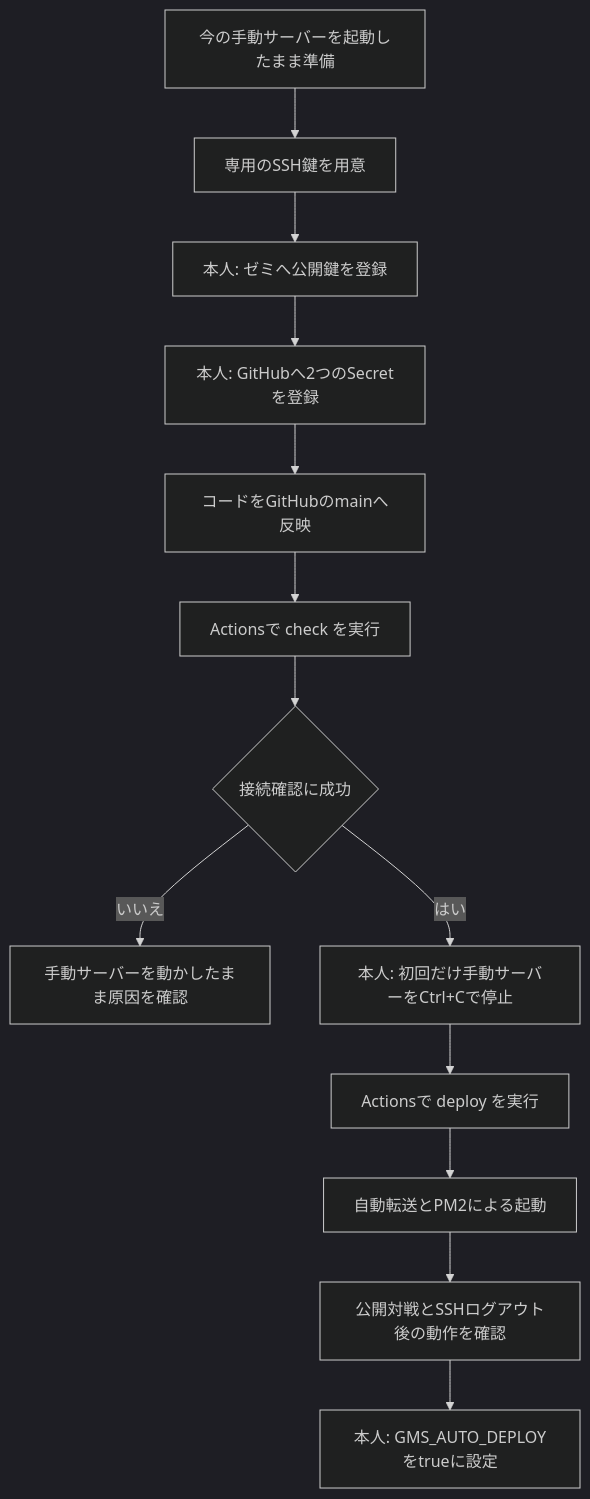
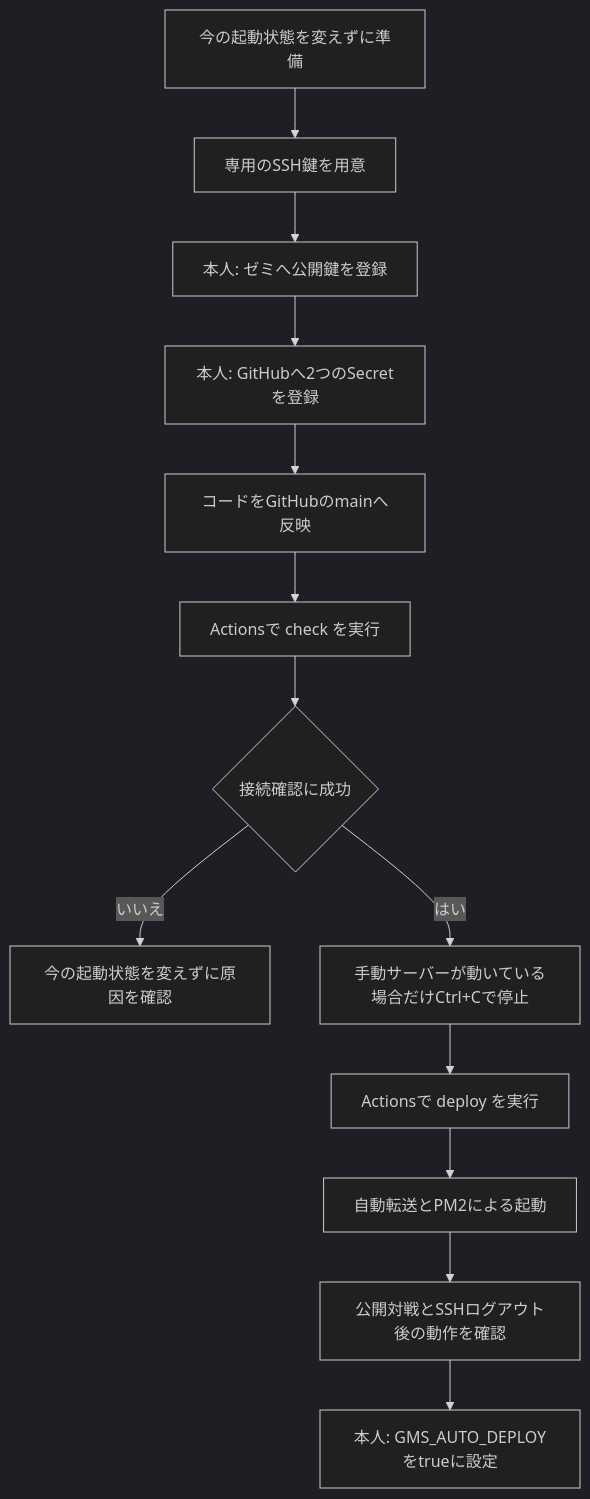
Before and after one commit to MinobeRyo/sushi-battle: the first of 2 diagrams in docs/自動デプロイの実行フロー.md, drawn with Mermaid (dark theme). The commit also changed other lines of this file and 3 other files, not shown here.

````diff
--- a/docs/自動デプロイの実行フロー.md
+++ b/docs/自動デプロイの実行フロー.md
@@ -21,15 +21,15 @@
 ```mermaid
 flowchart TD
-    A[今の手動サーバーを起動したまま準備] --> B[専用のSSH鍵を用意]
+    A[今の起動状態を変えずに準備] --> B[専用のSSH鍵を用意]
     B --> C[本人: ゼミへ公開鍵を登録]
     C --> D[本人: GitHubへ2つのSecretを登録]
     D --> E[コードをGitHubのmainへ反映]
     E --> F[Actionsで check を実行]
     F --> G{接続確認に成功}
-    G -- いいえ --> H[手動サーバーを動かしたまま原因を確認]
-    G -- はい --> I[本人: 初回だけ手動サーバーをCtrl+Cで停止]
+    G -- いいえ --> H[今の起動状態を変えずに原因を確認]
+    G -- はい --> I[手動サーバーが動いている場合だけCtrl+Cで停止]
     I --> J[Actionsで deploy を実行]
     J --> K[自動転送とPM2による起動]
     K --> L[公開対戦とSSHログアウト後の動作を確認]
     L --> M[本人: GMS_AUTO_DEPLOYをtrueに設定]
 ```
````
